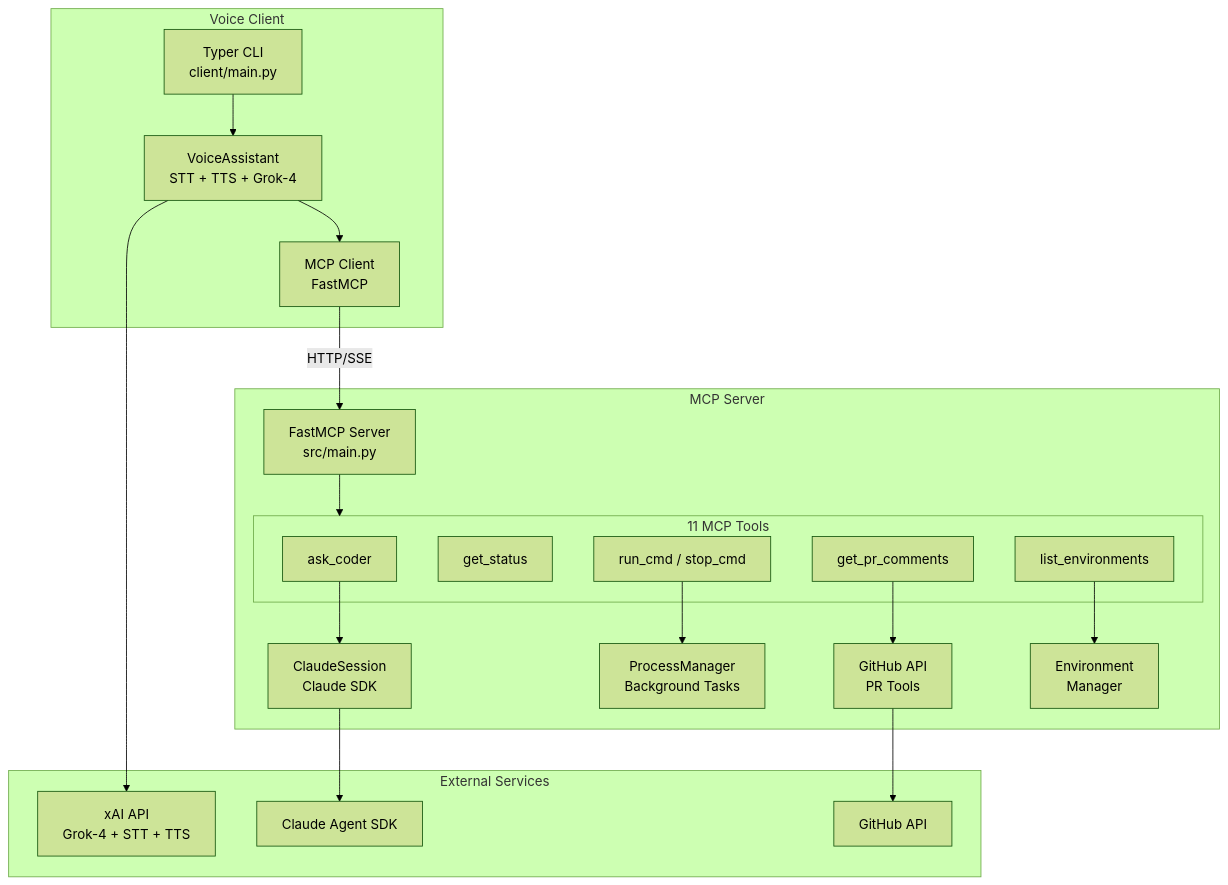
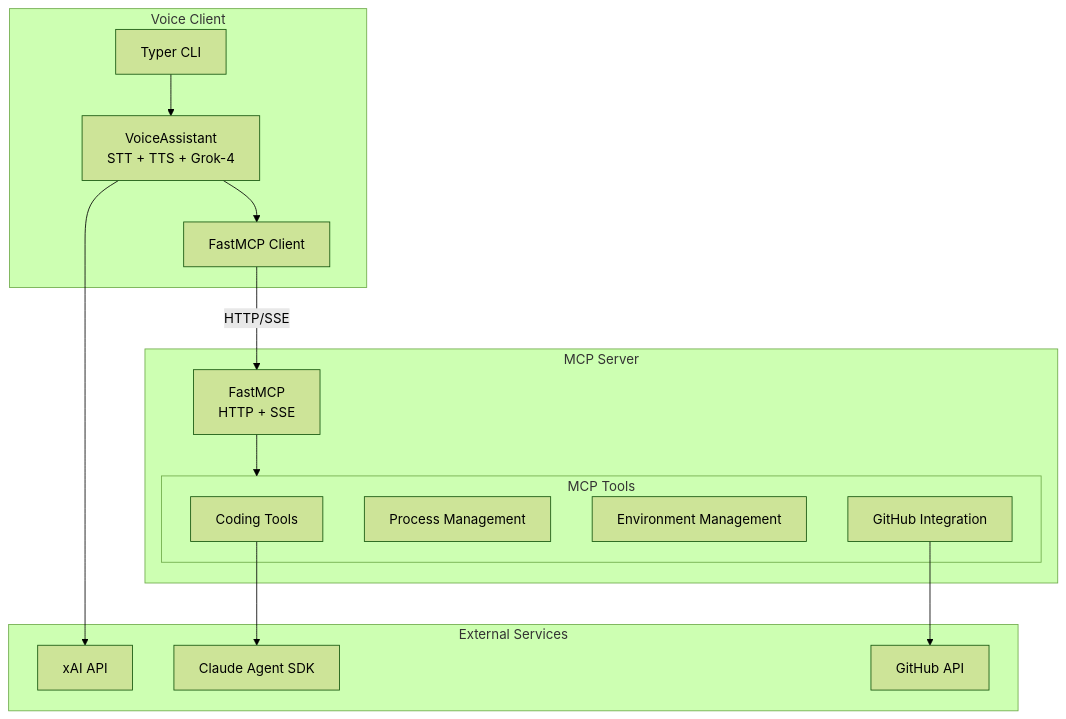
The first of 2 diagrams in README.md (yhinai/CodeVox), drawn with Mermaid (forest theme) before and after one commit. The commit also changed other lines of this file, not shown here.

````diff
--- a/README.md
+++ b/README.md
@@ -16,41 +7,32 @@
 ```mermaid
 flowchart TB
     subgraph Client["Voice Client"]
-        CLI["Typer CLI<br/>client/main.py"]
+        CLI["Typer CLI"]
         VA["VoiceAssistant<br/>STT + TTS + Grok-4"]
-        MCP_C["MCP Client<br/>FastMCP"]
+        MCP_C["FastMCP Client"]
     end
 
     subgraph Server["MCP Server"]
-        FMCP["FastMCP Server<br/>src/main.py"]
-        subgraph Tools["11 MCP Tools"]
-            T1["ask_coder"]
-            T2["get_status"]
-            T3["list_environments"]
-            T4["run_cmd / stop_cmd"]
-            T5["get_pr_comments"]
+        FMCP["FastMCP<br/>HTTP + SSE"]
+        subgraph Tools["MCP Tools"]
+            T1["Coding Tools"]
+            T2["Process Management"]
+            T3["Environment Management"]
+            T4["GitHub Integration"]
         end
-        CS["ClaudeSession<br/>Claude SDK"]
-        PM["ProcessManager<br/>Background Tasks"]
-        GH["GitHub API<br/>PR Tools"]
-        ENV["Environment<br/>Manager"]
     end
 
     subgraph External["External Services"]
-        XAI["xAI API<br/>Grok-4 + STT + TTS"]
+        XAI["xAI API"]
         CLAUDE["Claude Agent SDK"]
         GITHUB["GitHub API"]
     end
 
     CLI --> VA
     VA --> MCP_C
     VA --> XAI
     MCP_C -->|"HTTP/SSE"| FMCP
     FMCP --> Tools
-    T1 --> CS
-    CS --> CLAUDE
-    T4 --> PM
-    T5 --> GH
-    GH --> GITHUB
-    T3 --> ENV
+    T1 --> CLAUDE
+    T4 --> GITHUB
 ```
````
